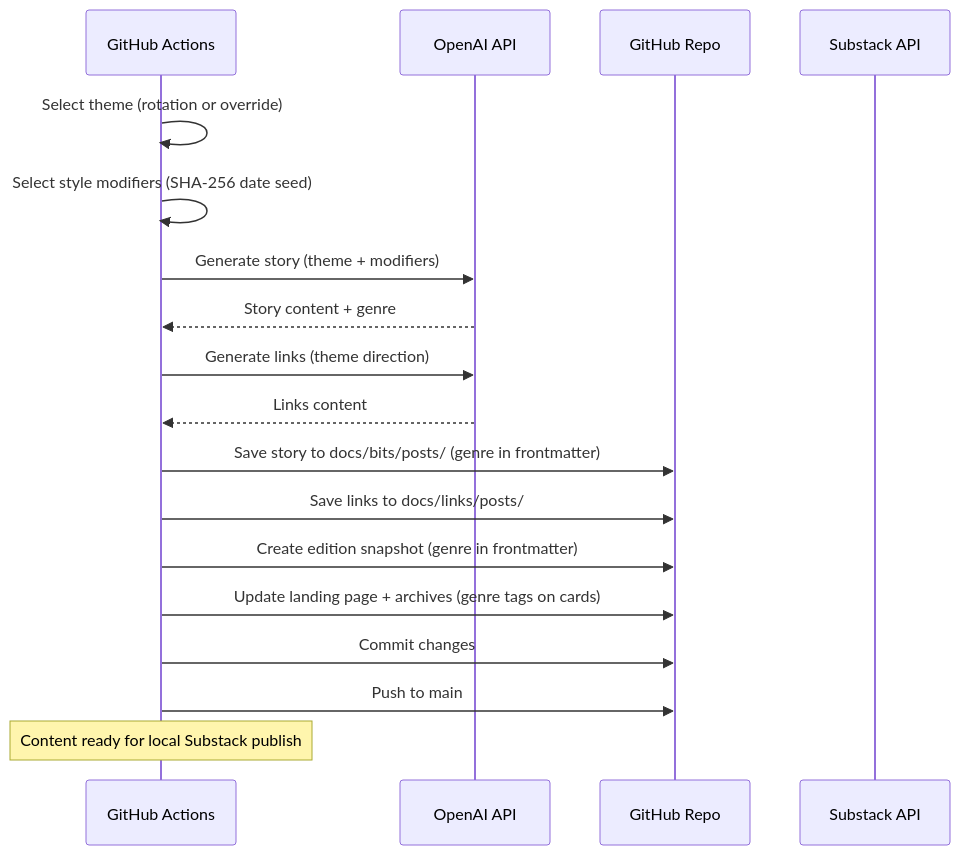
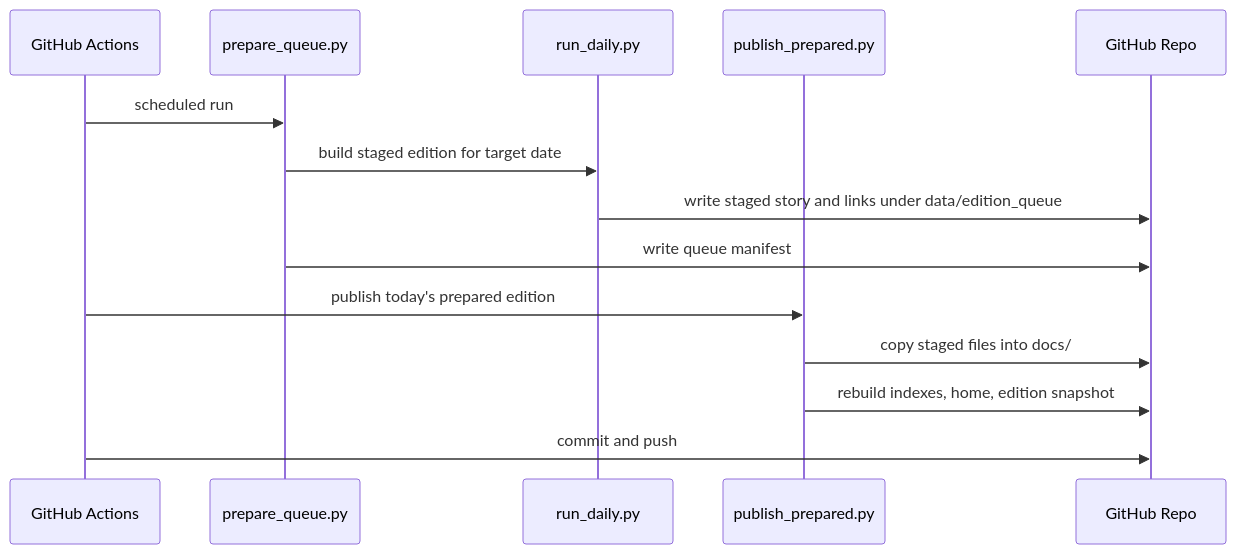
One commit to obscurebit/bits changed the fourth of 5 diagrams in SYSTEM_DESIGN.md. Above: the diagram before and after it, drawn with Mermaid. The commit also changed other lines of this file and 2 other files, not shown here.

Commit message:
Refresh docs for queue-first publishing flow

````diff
--- a/SYSTEM_DESIGN.md
+++ b/SYSTEM_DESIGN.md
@@ -272,24 +292,17 @@
 ```mermaid
 sequenceDiagram
     participant GA as GitHub Actions
-    participant AI as OpenAI API
+    participant PQ as prepare_queue.py
+    participant RD as run_daily.py
+    participant PP as publish_prepared.py
     participant GH as GitHub Repo
-    participant SS as Substack API
-    
-    GA->>GA: Select theme (rotation or override)
-    GA->>GA: Select style modifiers (SHA-256 date seed)
-    GA->>AI: Generate story (theme + modifiers)
-    AI-->>GA: Story content + genre
-    GA->>AI: Generate links (theme direction)
-    AI-->>GA: Links content
-    
-    GA->>GH: Save story to docs/bits/posts/ (genre in frontmatter)
-    GA->>GH: Save links to docs/links/posts/
-    GA->>GH: Create edition snapshot (genre in frontmatter)
-    GA->>GH: Update landing page + archives (genre tags on cards)
-    
-    GA->>GH: Commit changes
-    GA->>GH: Push to main
-    
-    Note over GA: Content ready for local Substack publish
+
+    GA->>PQ: scheduled run
+    PQ->>RD: build staged edition for target date
+    RD->>GH: write staged story and links under data/edition_queue
+    PQ->>GH: write queue manifest
+    GA->>PP: publish today's prepared edition
+    PP->>GH: copy staged files into docs/
+    PP->>GH: rebuild indexes, home, edition snapshot
+    GA->>GH: commit and push
 ```
````
